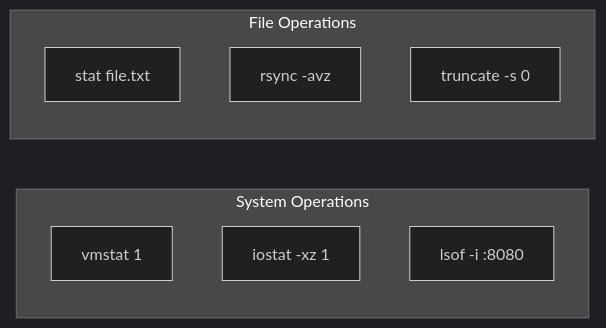
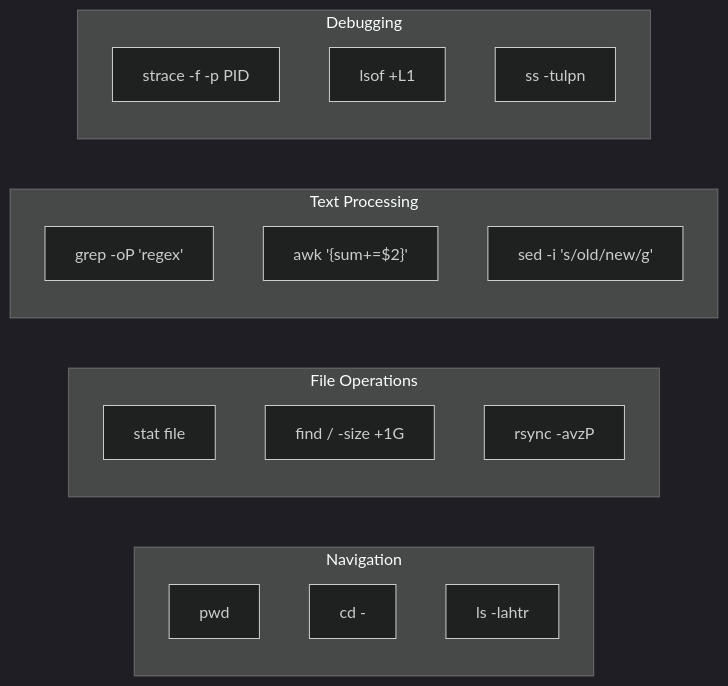
Before and after one commit to Anshitva7mishra/OperatingSystem: the seventh of 7 diagrams in Day3/InterviewQuestion.md, drawn with Mermaid (dark theme). The commit also changed other lines of this file, not shown here.

````diff
--- a/Day3/InterviewQuestion.md
+++ b/Day3/InterviewQuestion.md
@@ -547,13 +2326,26 @@
 ```mermaid
 flowchart LR
-    subgraph SysOps["System Operations"]
-        vmstat["vmstat 1"]
-        iostat["iostat -xz 1"]
-        lsof["lsof -i :8080"]
+    subgraph Navigation["Navigation"]
+        pwd_cmd["pwd"]
+        cd_cmd["cd -"]
+        ls_cmd["ls -lahtr"]
     end
+    
     subgraph Files["File Operations"]
-        stat["stat file.txt"]
-        rsync["rsync -avz"]
-        truncate["truncate -s 0"]
+        stat_cmd["stat file"]
+        find_cmd["find / -size +1G"]
+        rsync_cmd["rsync -avzP"]
+    end
+    
+    subgraph Text["Text Processing"]
+        grep_cmd["grep -oP 'regex'"]
+        awk_cmd["awk '{sum+=$2}'"]
+        sed_cmd["sed -i 's/old/new/g'"]
+    end
+
+    subgraph Debug["Debugging"]
+        strace_cmd["strace -f -p PID"]
+        lsof_cmd["lsof +L1"]
+        ss_cmd["ss -tulpn"]
     end
 ```
````
